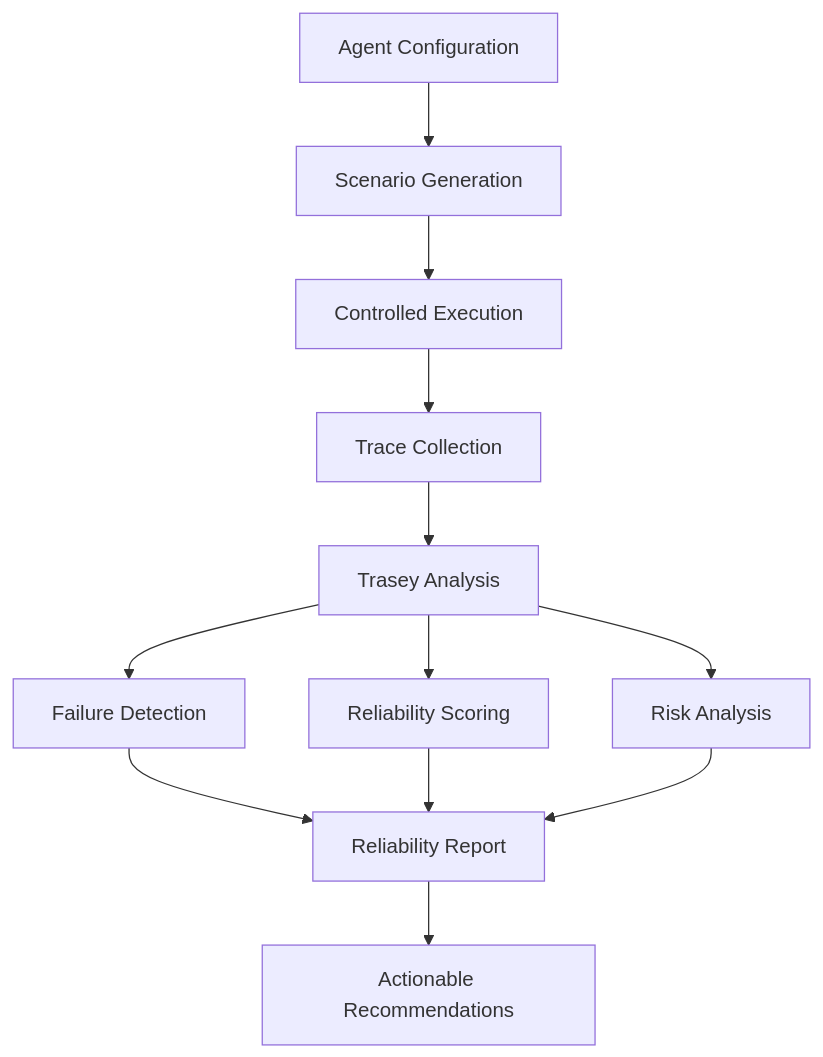
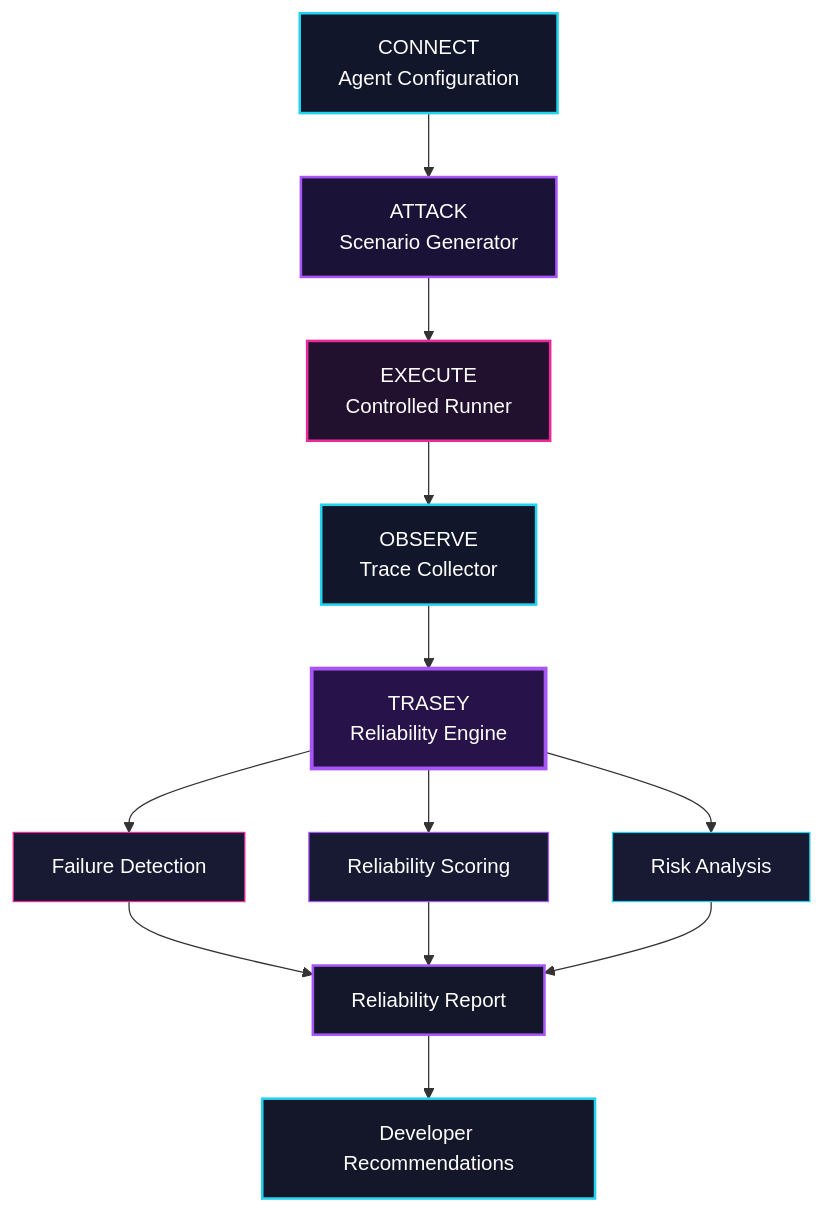
One commit to archisharma158-cmd/ZeroTrace changed the diagram in README.md. Above: the diagram before and after it, drawn with Mermaid. The commit also changed other lines of this file, not shown here.

````diff
--- a/README.md
+++ b/README.md
@@ -156,17 +176,28 @@
 ```mermaid
 flowchart TD
-    A["Agent Configuration"] --> B["Scenario Generation"]
-    B --> C["Controlled Execution"]
-    C --> D["Trace Collection"]
-    D --> E["Trasey Analysis"]
+    A["CONNECT<br/>Agent Configuration"] --> B["ATTACK<br/>Scenario Generator"]
+    B --> C["EXECUTE<br/>Controlled Runner"]
+    C --> D["OBSERVE<br/>Trace Collector"]
+    D --> E["TRASEY<br/>Reliability Engine"]
 
     E --> F["Failure Detection"]
     E --> G["Reliability Scoring"]
     E --> H["Risk Analysis"]
 
     F --> I["Reliability Report"]
     G --> I
     H --> I
 
-    I --> J["Actionable Recommendations"]
+    I --> J["Developer Recommendations"]
+
+    style A fill:#11162B,stroke:#22D3EE,color:#FFFFFF,stroke-width:2px
+    style B fill:#1B1238,stroke:#A855F7,color:#FFFFFF,stroke-width:2px
+    style C fill:#21112F,stroke:#EC2B9A,color:#FFFFFF,stroke-width:2px
+    style D fill:#11162B,stroke:#22D3EE,color:#FFFFFF,stroke-width:2px
+    style E fill:#27124A,stroke:#A855F7,color:#FFFFFF,stroke-width:3px
+    style F fill:#171A32,stroke:#EC2B9A,color:#FFFFFF
+    style G fill:#171A32,stroke:#A855F7,color:#FFFFFF
+    style H fill:#171A32,stroke:#22D3EE,color:#FFFFFF
+    style I fill:#14172A,stroke:#A855F7,color:#FFFFFF,stroke-width:2px
+    style J fill:#14172A,stroke:#22D3EE,color:#FFFFFF,stroke-width:2px
 ```
````
